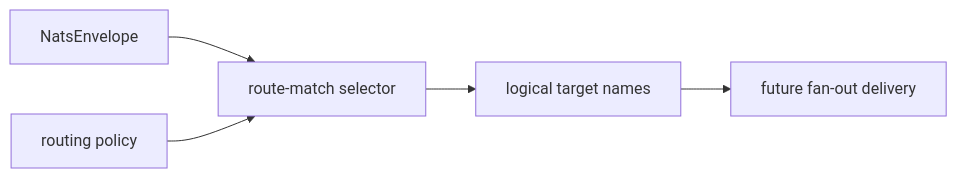
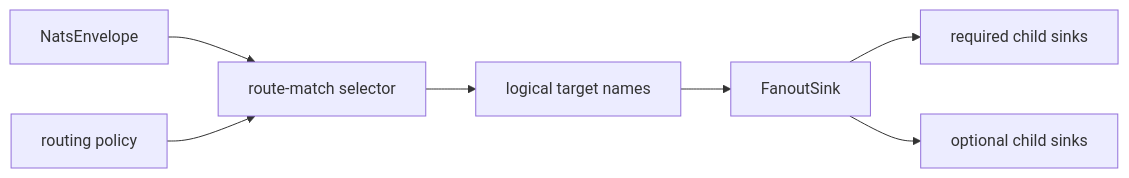
Before and after one commit to ProjectCuillin/nats-sinks: the fifth of 7 diagrams in docs/sink-framework.md, drawn with Mermaid. The commit also changed other lines of this file and 34 other files, not shown here.

Commit message:
Implement core fanout sink orchestration

````diff
--- a/docs/sink-framework.md
+++ b/docs/sink-framework.md
@@ -270,7 +270,9 @@
 ```mermaid
 flowchart LR
     Env[NatsEnvelope] --> Selector[route-match selector]
     Policy[routing policy] --> Selector
     Selector --> Targets[logical target names]
-    Targets --> Future[future fan-out delivery]
+    Targets --> Fanout[FanoutSink]
+    Fanout --> Required[required child sinks]
+    Fanout --> Optional[optional child sinks]
 ```
````
